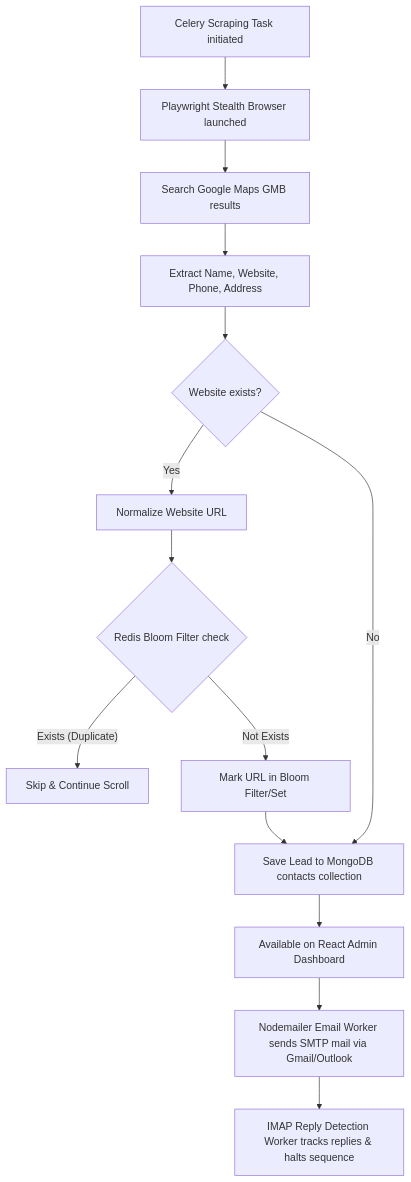
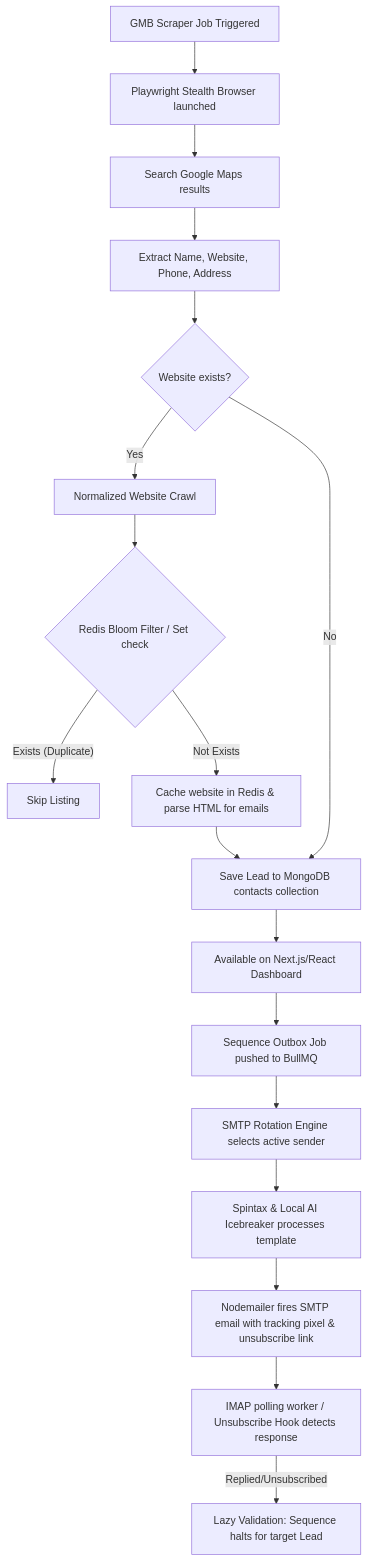
The diagram in README.md (krapterdev/my-leadgen-app), drawn with Mermaid before and after one commit. The commit also changed other lines of this file and 19 other files, not shown here.

````diff
--- a/README.md
+++ b/README.md
@@ -13,18 +13,23 @@
 ```mermaid
 graph TD
-    A[Celery Scraping Task initiated] --> B[Playwright Stealth Browser launched]
-    B --> C[Search Google Maps GMB results]
+    A[GMB Scraper Job Triggered] --> B[Playwright Stealth Browser launched]
+    B --> C[Search Google Maps results]
     C --> D[Extract Name, Website, Phone, Address]
     D --> E{Website exists?}
-    E -- Yes --> F[Normalize Website URL]
-    E -- No --> J[Fallback: Generate dummy email & save]
+    E -- Yes --> F[Normalized Website Crawl]
+    E -- No --> J[Fallback: Save info without website]
     
-    F --> G{Redis Bloom Filter check}
-    G -- "Exists (Duplicate)" --> H[Skip & Continue Scroll]
-    G -- "Not Exists" --> I[Mark URL in Bloom Filter/Set]
+    F --> G{Redis Bloom Filter / Set check}
+    G -- "Exists (Duplicate)" --> H[Skip Listing]
+    G -- "Not Exists" --> I[Cache website in Redis & parse HTML for emails]
     
     I --> J[Save Lead to MongoDB contacts collection]
-    J --> K[Available on React Admin Dashboard]
-    K --> L[Nodemailer Email Worker sends SMTP mail via Gmail/Outlook]
-    L --> M[IMAP Reply Detection Worker tracks replies & halts sequence]
+    J --> K[Available on Next.js/React Dashboard]
+    K --> L[Sequence Outbox Job pushed to BullMQ]
+    
+    L --> M[SMTP Rotation Engine selects active sender]
+    M --> N[Spintax & Local AI Icebreaker processes template]
+    N --> O[Nodemailer fires SMTP email with tracking pixel & unsubscribe link]
+    O --> P[IMAP polling worker / Unsubscribe Hook detects response]
+    P -- "Replied/Unsubscribed" --> Q[Lazy Validation: Sequence halts for target Lead]
 ```
````
